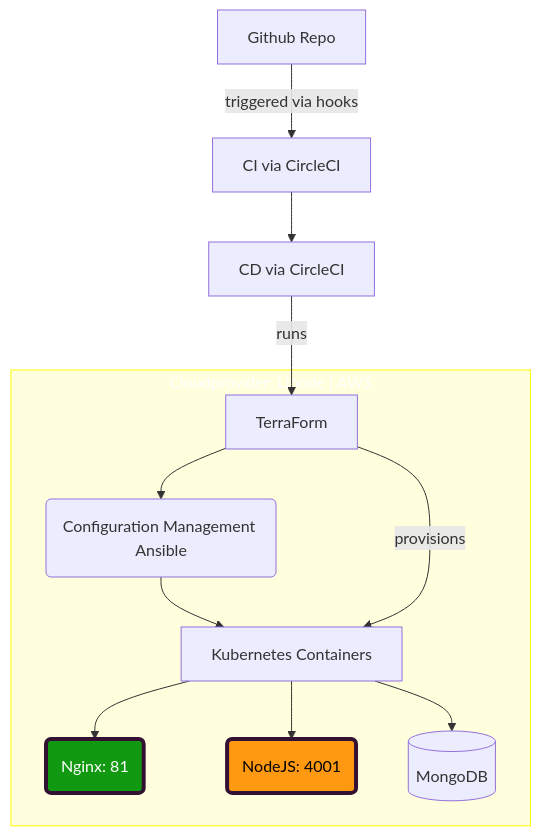
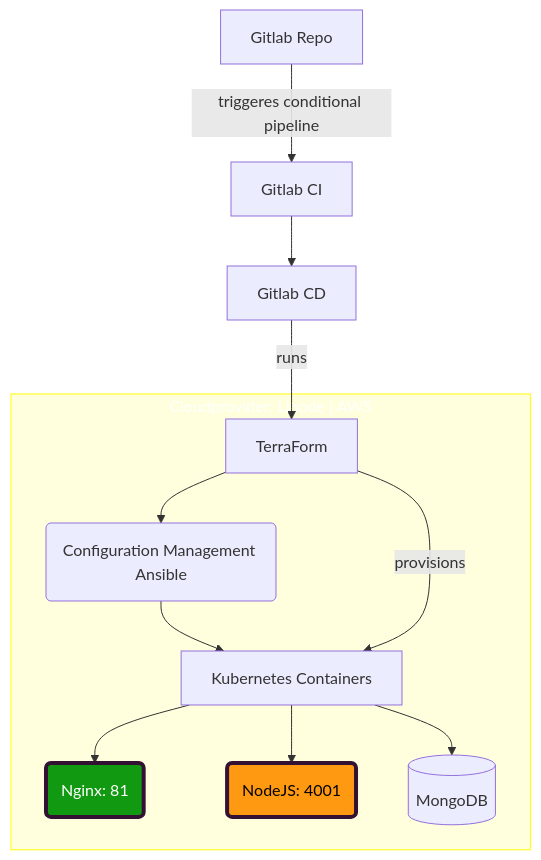
One commit to derrabauke/lecture-devops-app changed the first of 2 diagrams in concept.md. Above: the diagram before and after it, drawn with Mermaid. The commit also changed other lines of this file and 1 other file, not shown here.

````diff
--- a/concept.md
+++ b/concept.md
@@ -24,17 +22,17 @@
 ```mermaid
 graph TB
-    GH[Github Repo] -->|triggered via hooks|CI[CI via CircleCI]
-    CI-->CD[CD via CircleCI]
+    GH[Gitlab Repo] -->|triggeres conditional pipeline|CI[Gitlab CI]
+    CI-->CD[Gitlab CD]
     CD-->|runs|T[TerraForm]
     subgraph subID["Cloudprovider: Linode | AWS"]
       T-->A("Configuration Management Ansible")
       A-->C["Kubernetes Containers"]
       T-->|provisions|C
       C-->F(Nginx: 81)
       C-->B(NodeJS: 4001)
       C-->DB[(MongoDB)]
     end
     style subID color:white,fill:#f9ff9,stroke:yellow
     style B color:black,fill:#f91,stroke:#313,stroke-width:4px
     style F color:white,fill:#191,stroke:#313,stroke-width:4px
 ```
````
